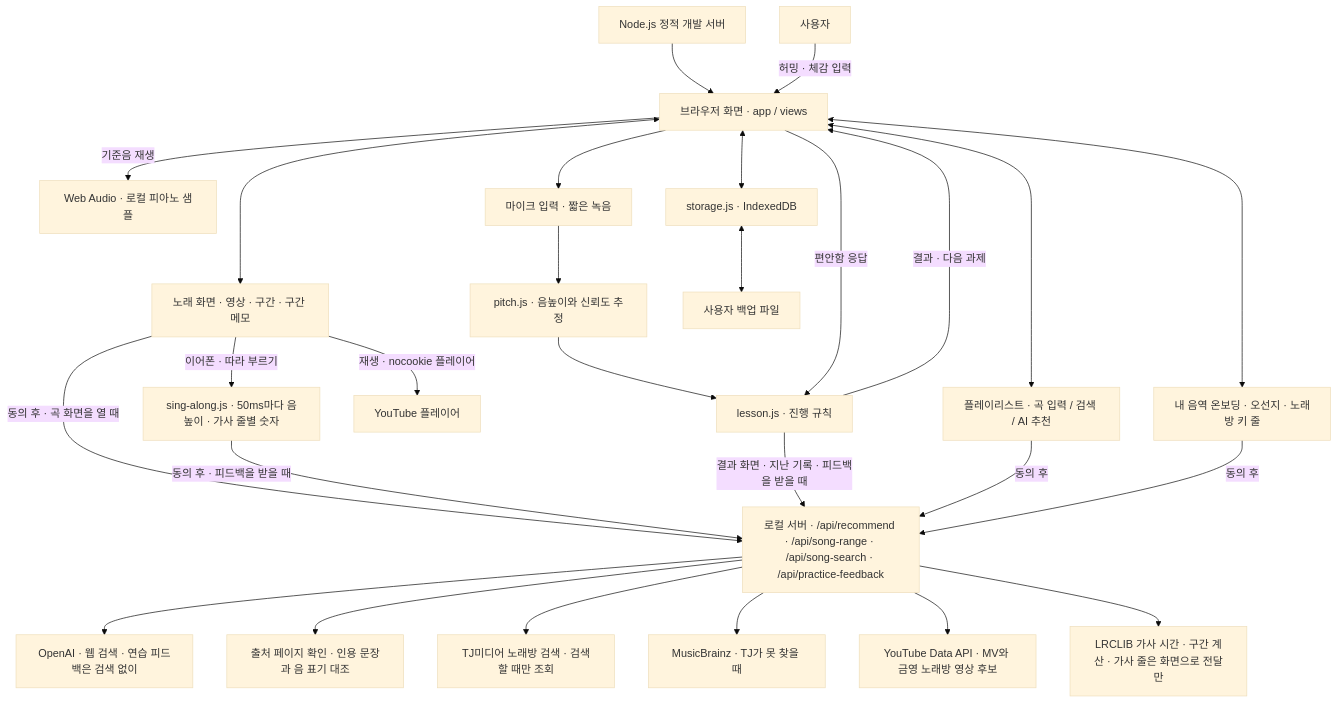
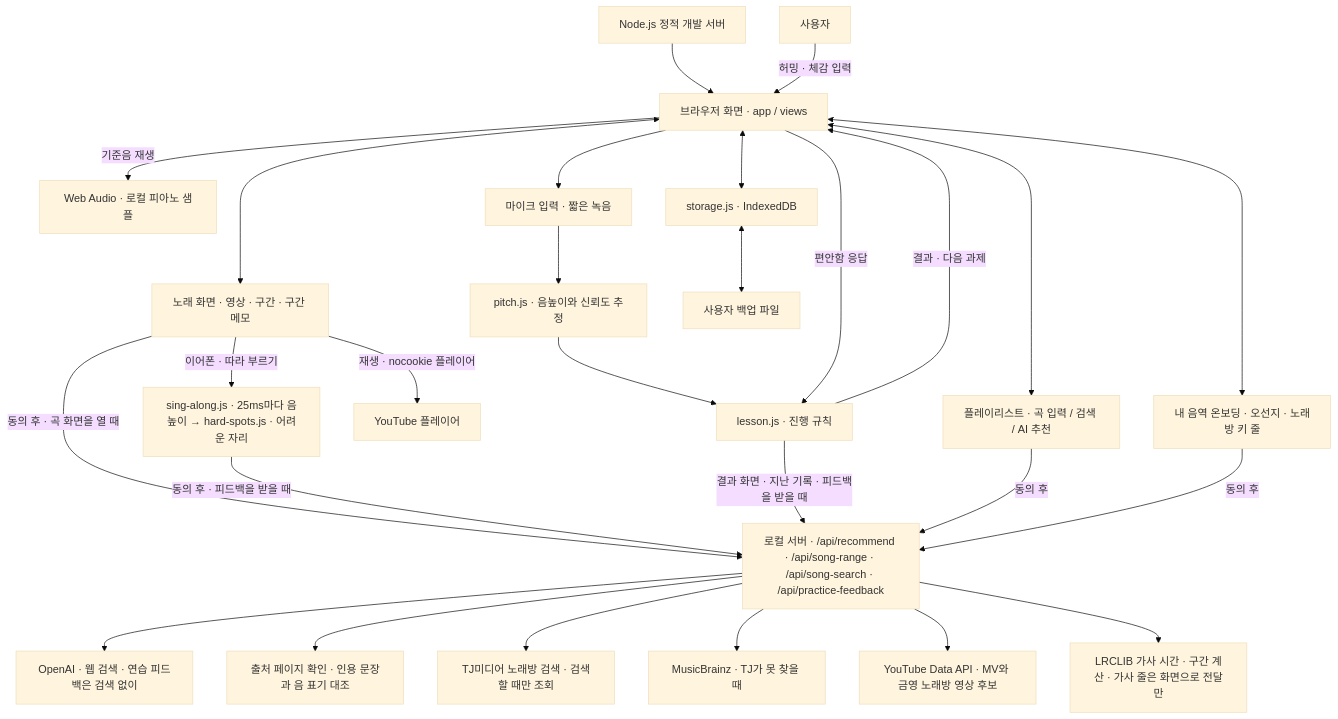
The first of 2 diagrams in docs/architecture.md (Yoonsung-kor/SING), drawn with Mermaid (base theme) before and after one commit. The commit also changed other lines of this file and 14 other files, not shown here.

````diff
--- a/docs/architecture.md
+++ b/docs/architecture.md
@@ -7,29 +7,29 @@
 ```mermaid
 flowchart TD
     Static[Node.js 정적 개발 서버] --> UI[브라우저 화면 · app / views]
     User[사용자] -->|허밍 · 체감 입력| UI
     UI -->|기준음 재생| Piano[Web Audio · 로컬 피아노 샘플]
     UI --> Capture[마이크 입력 · 짧은 녹음]
     Capture --> Pitch[pitch.js · 음높이와 신뢰도 추정]
     Pitch --> Lesson[lesson.js · 진행 규칙]
     UI -->|편안함 응답| Lesson
     Lesson -->|결과 · 다음 과제| UI
     UI <--> Songs[플레이리스트 · 곡 입력 / 검색 / AI 추천]
     UI <--> SongScreen[노래 화면 · 영상 · 구간 · 구간 메모]
     SongScreen -->|재생 · nocookie 플레이어| YTPlayer[YouTube 플레이어]
     SongScreen -->|동의 후 · 곡 화면을 열 때| Server
-    SongScreen -->|이어폰 · 따라 부르기| SingAlong[sing-along.js · 50ms마다 음높이 · 가사 줄별 숫자]
+    SongScreen -->|이어폰 · 따라 부르기| SingAlong[sing-along.js · 25ms마다 음높이 → hard-spots.js · 어려운 자리]
     SingAlong -->|동의 후 · 피드백을 받을 때| Server
     Lesson -->|결과 화면 · 지난 기록 · 피드백을 받을 때| Server
     UI <--> Voice[내 음역 온보딩 · 오선지 · 노래방 키 줄]
     Songs -->|동의 후| Server[로컬 서버 · /api/recommend · /api/song-range · /api/song-search · /api/practice-feedback]
     Voice -->|동의 후| Server
     Server --> OpenAI[OpenAI · 웹 검색 · 연습 피드백은 검색 없이]
     Server --> Check[출처 페이지 확인 · 인용 문장과 음 표기 대조]
     Server --> TJ[TJ미디어 노래방 검색 · 검색할 때만 조회]
     Server --> MB[MusicBrainz · TJ가 못 찾을 때]
     Server --> YT[YouTube Data API · MV와 금영 노래방 영상 후보]
     Server --> LRC[LRCLIB 가사 시간 · 구간 계산 · 가사 줄은 화면으로 전달만]
     UI <--> Store[storage.js · IndexedDB]
     Store <--> Backup[사용자 백업 파일]
 ```
````
